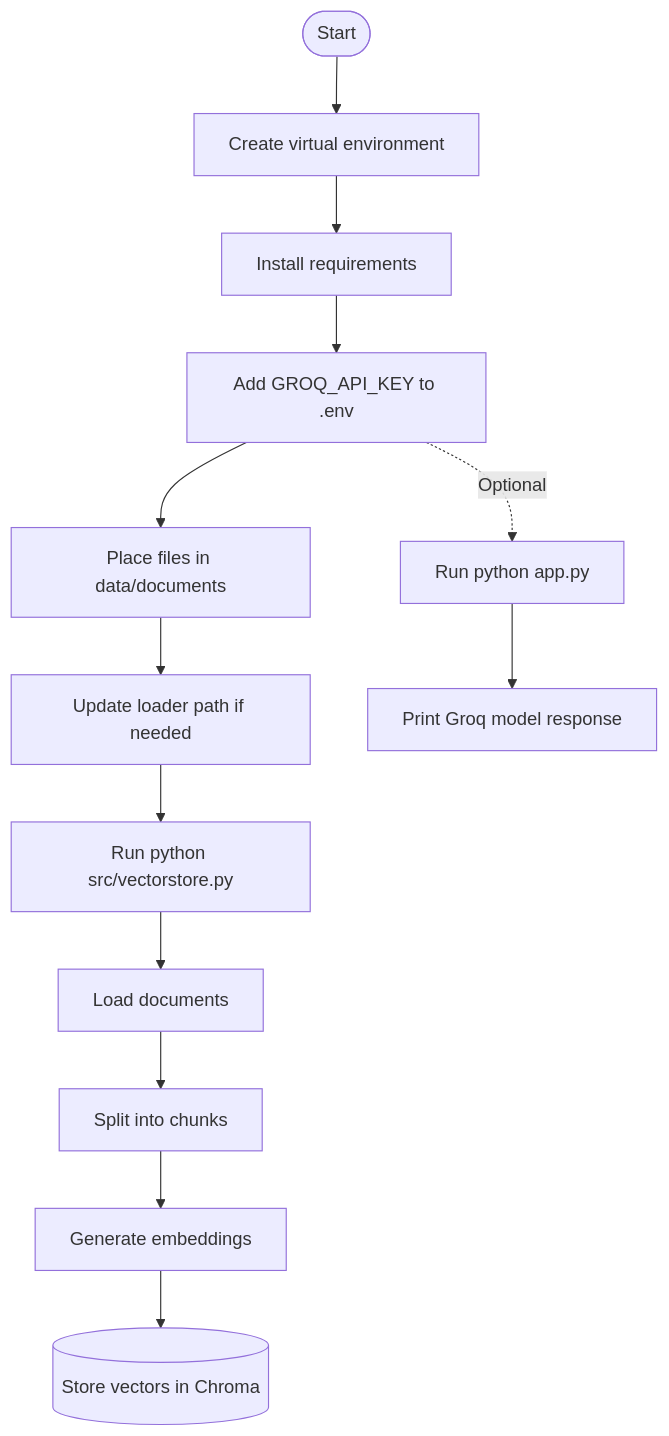
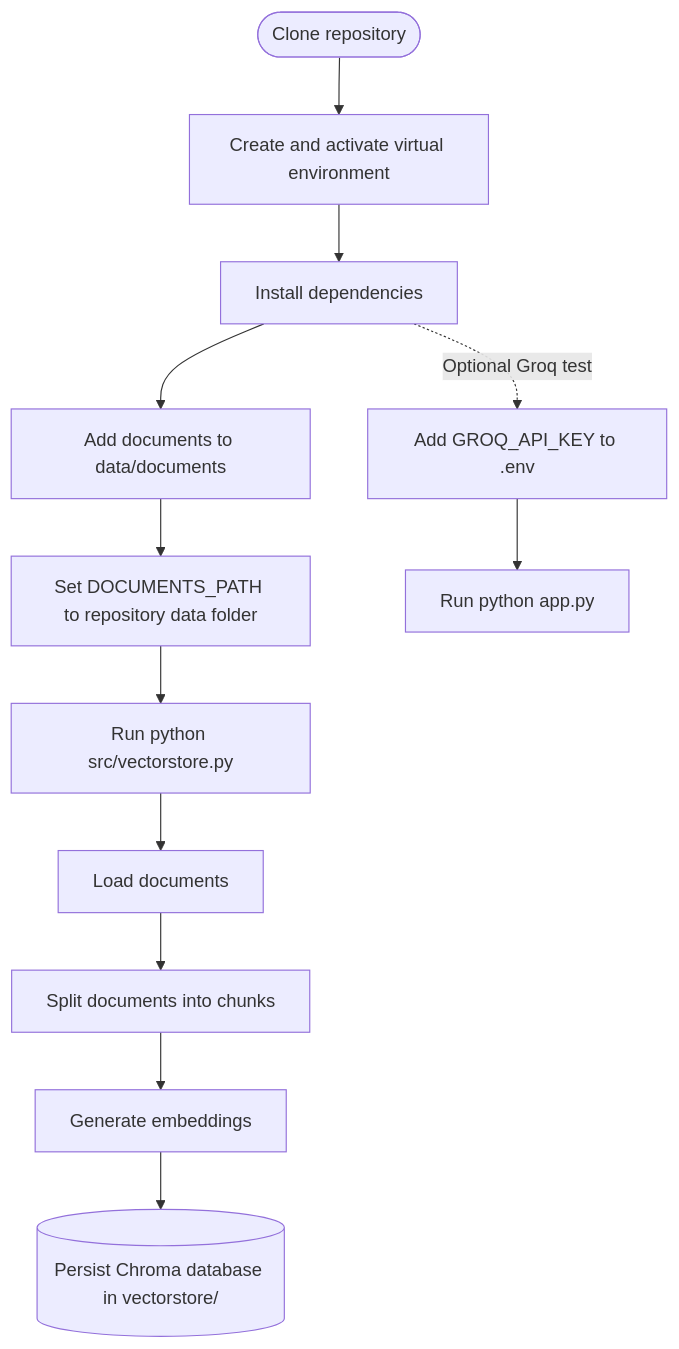
The diagram in Readme.md (gopalgupta-tech/Document-Grounded_RAG), drawn with Mermaid before and after one commit. The commit also changed other lines of this file, not shown here.

Commit message:
Add explicit local setup and run instructions to README

````diff
--- a/Readme.md
+++ b/Readme.md
@@ -92,15 +98,14 @@
 ```mermaid
 flowchart TD
-    A([Start]) --> B[Create virtual environment]
-    B --> C[Install requirements]
-    C --> D[Add GROQ_API_KEY to .env]
-    D --> E[Place files in data/documents]
-    E --> F[Update loader path if needed]
-    F --> G[Run python src/vectorstore.py]
-    G --> H[Load documents]
-    H --> I[Split into chunks]
-    I --> J[Generate embeddings]
-    J --> K[(Store vectors in Chroma)]
-    D -. Optional .-> L[Run python app.py]
-    L --> M[Print Groq model response]
+    A([Clone repository]) --> B[Create and activate virtual environment]
+    B --> C[Install dependencies]
+    C --> D[Add documents to data/documents]
+    D --> E[Set DOCUMENTS_PATH to repository data folder]
+    E --> F[Run python src/vectorstore.py]
+    F --> G[Load documents]
+    G --> H[Split documents into chunks]
+    H --> I[Generate embeddings]
+    I --> J[(Persist Chroma database in vectorstore/)]
+    C -. Optional Groq test .-> K[Add GROQ_API_KEY to .env]
+    K --> L[Run python app.py]
 ```
````
